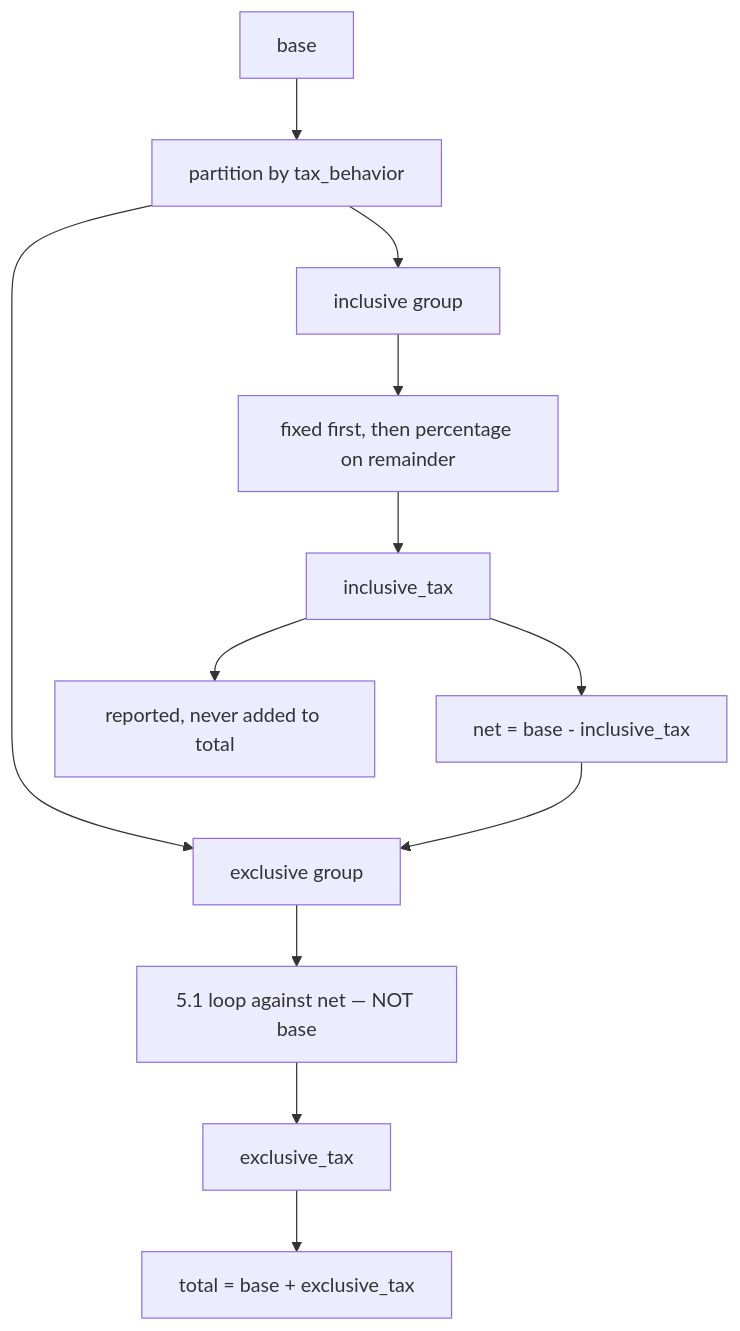
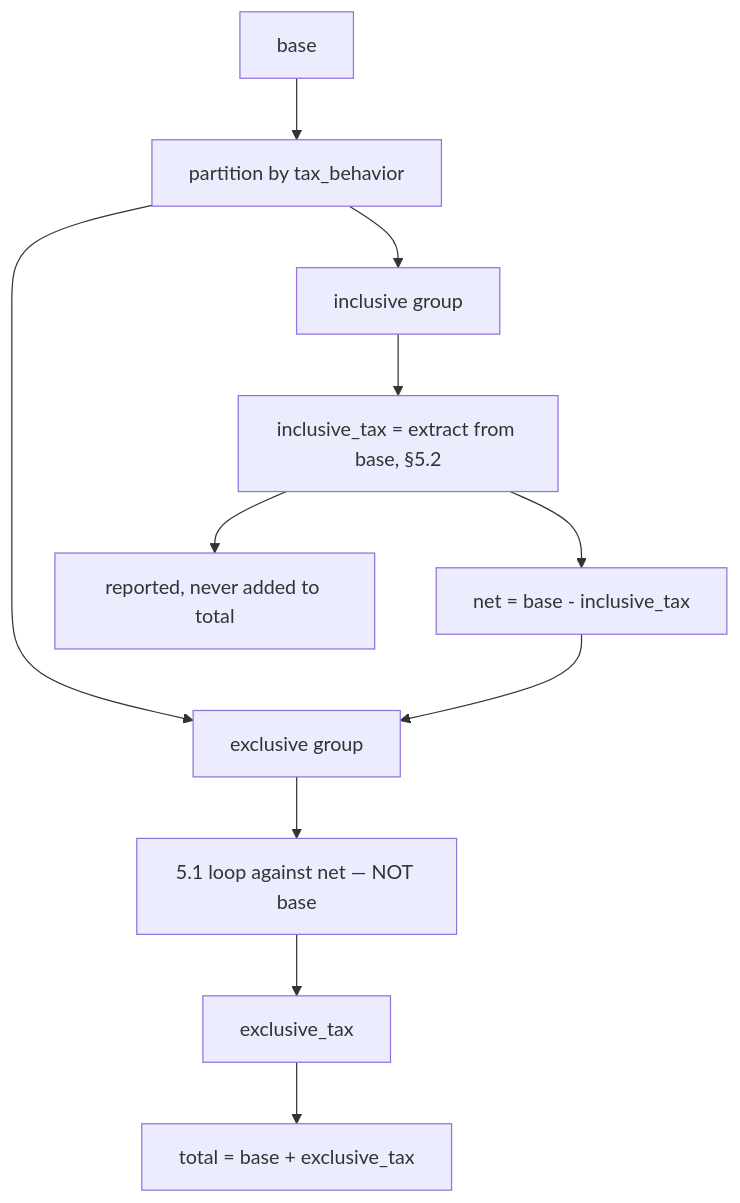
Before and after one commit to subratsahilgupta/flexprice: the third of 4 diagrams in docs/design/2026-08-17-FLE-1187-taxation-lineitem-inclusive.md, drawn with Mermaid. The commit also changed other lines of this file and 57 other files, not shown here.

Commit message:
feat(taxation): add support for inc/exc taxation and tax exemption at invoice level

````diff
--- a/docs/design/2026-08-17-FLE-1187-taxation-lineitem-inclusive.md
+++ b/docs/design/2026-08-17-FLE-1187-taxation-lineitem-inclusive.md
@@ -407,14 +402,13 @@
 ```mermaid
 flowchart TD
     S["base"] --> P["partition by tax_behavior"]
     P --> INC["inclusive group"]
     P --> EXC["exclusive group"]
-    INC --> I1["fixed first, then percentage on remainder"]
-    I1 --> ITAX["inclusive_tax"]
+    INC --> ITAX["inclusive_tax = extract from base, §5.2"]
     ITAX --> NET["net = base - inclusive_tax"]
     NET --> EXC
     EXC --> E1["5.1 loop against net — NOT base"]
     E1 --> ETAX["exclusive_tax"]
     ETAX --> TOTAL["total = base + exclusive_tax"]
     ITAX --> REPORT["reported, never added to total"]
 ```
````
